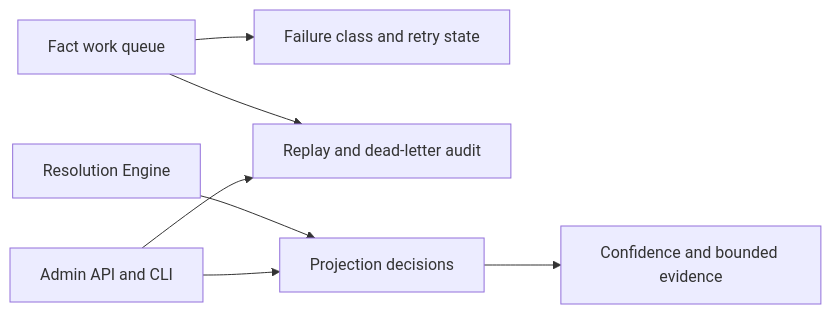
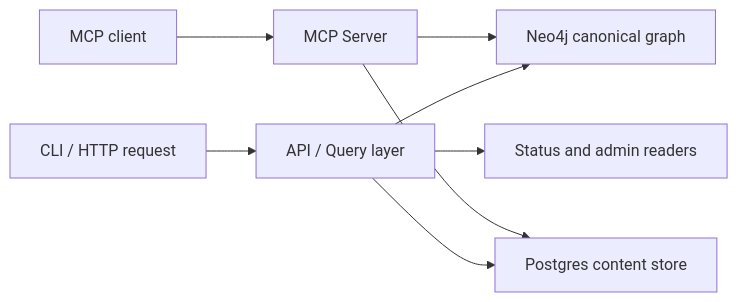
The third of 3 diagrams in docs/docs/architecture.md (platformcontext/platform-context-graph), drawn with Mermaid before and after one commit. The commit also changed other lines of this file and 2285 other files, not shown here.

````diff
--- a/docs/docs/architecture.md
+++ b/docs/docs/architecture.md
@@ -54,9 +189,10 @@
 ```mermaid
 flowchart LR
-  A["Fact work queue"] --> B["Failure class and retry state"]
-  A --> C["Replay and dead-letter audit"]
-  D["Resolution Engine"] --> E["Projection decisions"]
-  E --> F["Confidence and bounded evidence"]
-  G["Admin API and CLI"] --> C
-  G --> E
+  A["CLI / HTTP request"] --> B["API / Query layer"]
+  F["MCP client"] --> G["MCP Server"]
+  B --> C["Neo4j canonical graph"]
+  B --> D["Postgres content store"]
+  B --> E["Status and admin readers"]
+  G --> C
+  G --> D
 ```
````
